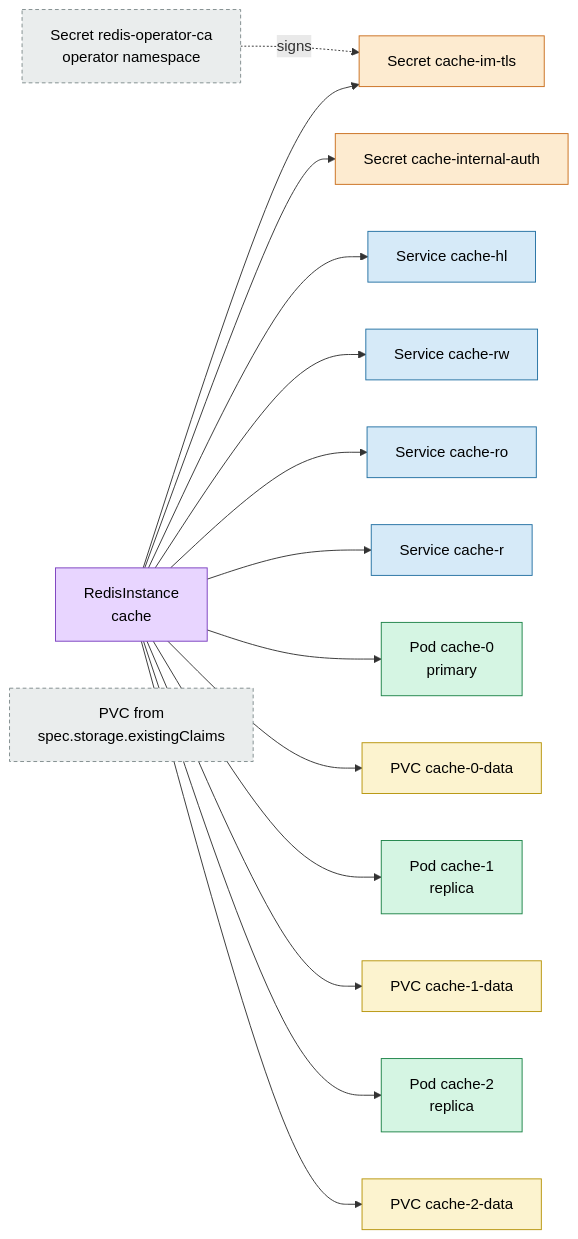
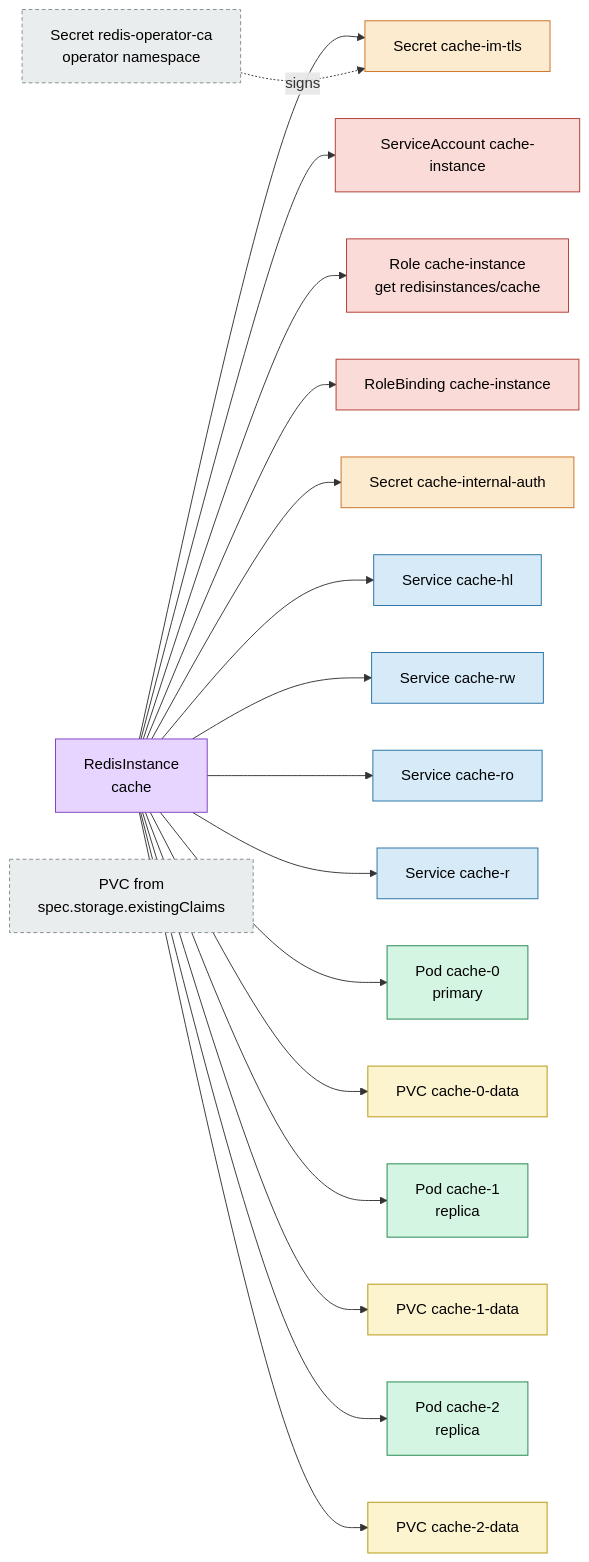
Before and after one commit to MrPickle311/redis-operator: the first of 5 diagrams in docs/architecture.md, drawn with Mermaid. The commit also changed other lines of this file and 14 other files, not shown here.

First line of the commit message:
Introduce Instance Manager ServiceAccount, Role, and RoleBinding for Safe Pod Startup

````diff
--- a/docs/architecture.md
+++ b/docs/architecture.md
@@ -13,28 +13,32 @@
 ```mermaid
 flowchart LR
     classDef cr fill:#e8d5ff,stroke:#7b3fbf,color:#000
     classDef pod fill:#d5f5e3,stroke:#1e8449,color:#000
     classDef svc fill:#d6eaf8,stroke:#2471a3,color:#000
     classDef secret fill:#fdebd0,stroke:#ca6f1e,color:#000
     classDef pvc fill:#fcf3cf,stroke:#b7950b,color:#000
+    classDef rbac fill:#fadbd8,stroke:#b03a2e,color:#000
     classDef ext fill:#eaeded,stroke:#7f8c8d,color:#000,stroke-dasharray:4 3
 
     CA["Secret redis-operator-ca<br/>operator namespace"]:::ext
     RI["RedisInstance<br/>cache"]:::cr
     EXT["PVC from<br/>spec.storage.existingClaims"]:::ext
 
+    RI --> SA["ServiceAccount cache-instance"]:::rbac
+    RI --> ROLE["Role cache-instance<br/>get redisinstances/cache"]:::rbac
+    RI --> RB["RoleBinding cache-instance"]:::rbac
     RI --> TLS["Secret cache-im-tls"]:::secret
     RI --> AUTH["Secret cache-internal-auth"]:::secret
     RI --> HL["Service cache-hl"]:::svc
     RI --> RW["Service cache-rw"]:::svc
     RI --> RO["Service cache-ro"]:::svc
     RI --> R["Service cache-r"]:::svc
     RI --> P0["Pod cache-0<br/>primary"]:::pod
     RI --> D0["PVC cache-0-data"]:::pvc
     RI --> P1["Pod cache-1<br/>replica"]:::pod
     RI --> D1["PVC cache-1-data"]:::pvc
     RI --> P2["Pod cache-2<br/>replica"]:::pod
     RI --> D2["PVC cache-2-data"]:::pvc
 
     CA -. signs .-> TLS
 ```
````
